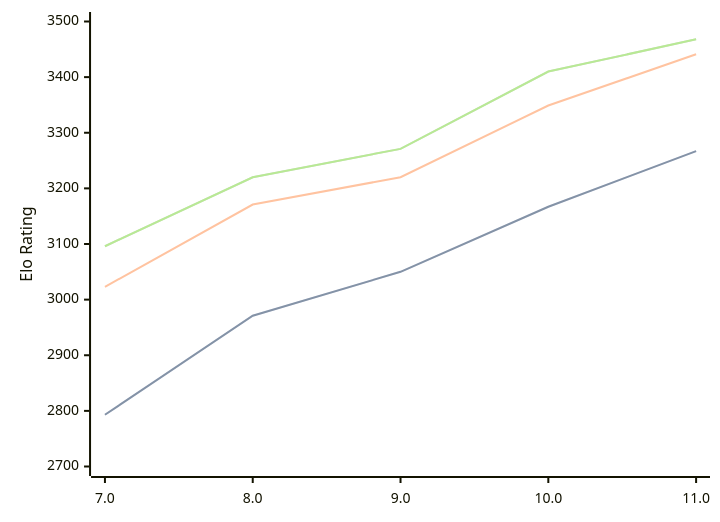
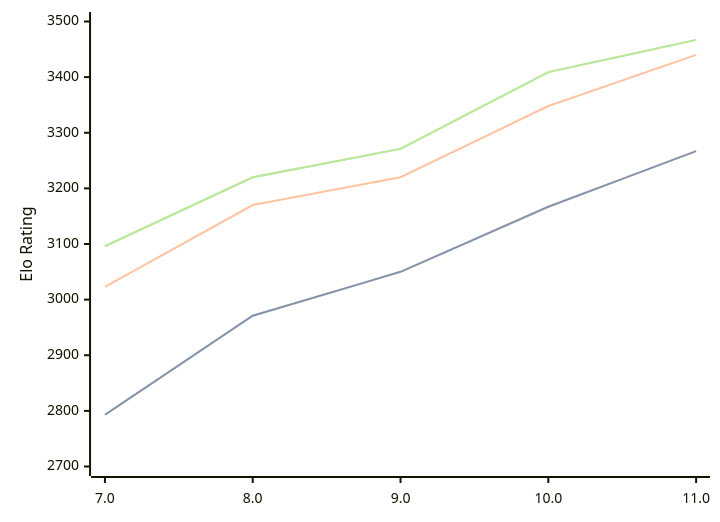
One commit to computer-chess-index/cci changed the diagram in engines/Tcheran.md. Above: the diagram before and after it, drawn with Mermaid. The commit also changed other lines of this file, not shown here.

Commit message:
Update CCI Ratings (ELO VLTC) - 2026-04-06

````diff
--- a/engines/Tcheran.md
+++ b/engines/Tcheran.md
@@ -49,11 +49,11 @@
 ```mermaid
 %%{init: {"theme":"base","themeVariables":{"seriesColors:['#a3a3a3','#222221','#faa371']}}}%%
 xychart-beta
   x-axis ["7.0", "8.0", "9.0", "10.0", "11.0"]
   y-axis "Elo Rating" 2700 --> 3500
   line "STC (8.0+0.08s)" [2793, 2971, 3050, 3167, 3267]
   line "STC (8.0+0.08s)" [2793, 2971, 3050, 3167, 3267]
-  line "LTC (60.0+0.60s)" [3023, 3171, 3220, 3349, 3441]
-  line "VLTC (2m24s+1.12s)" [3096, 3220, 3271, 3410, 3468]
-  line "VLTC (2m24s+1.12s)" [3096, 3220, 3271, 3410, 3468]
+  line "LTC (60.0+0.60s)" [3023, 3170, 3220, 3348, 3440]
+  line "VLTC (2m24s+1.12s)" [3096, 3220, 3271, 3409, 3467]
+  line "VLTC (2m24s+1.12s)" [3096, 3220, 3271, 3409, 3467]
 ```
````
